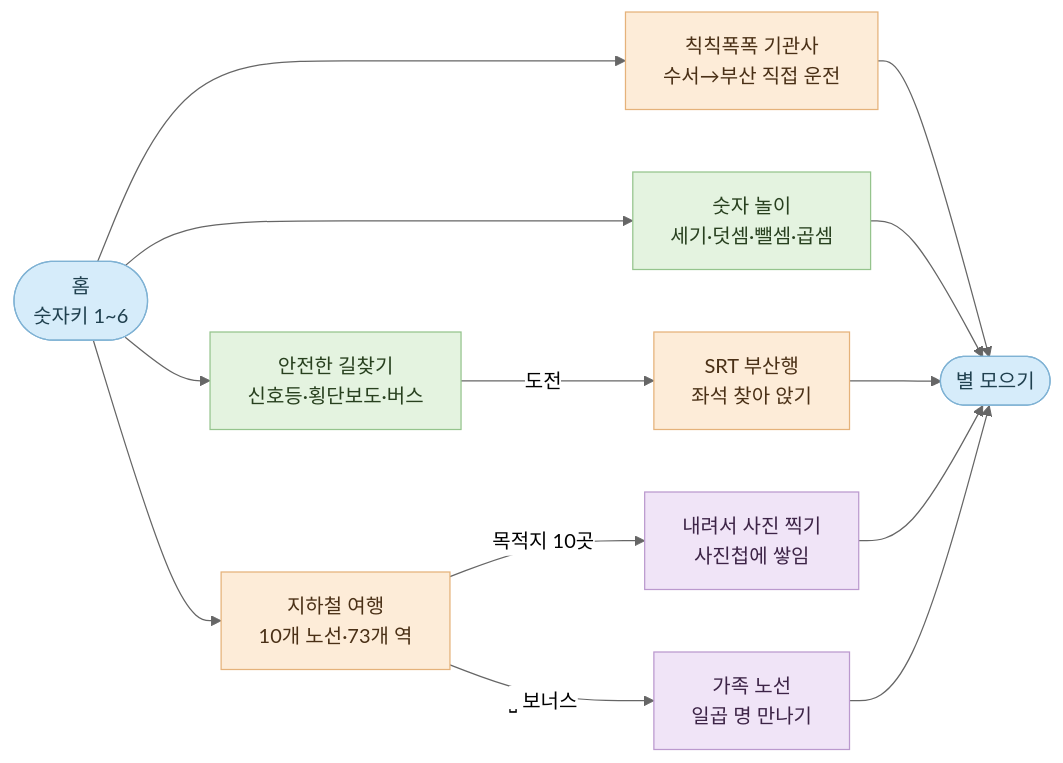
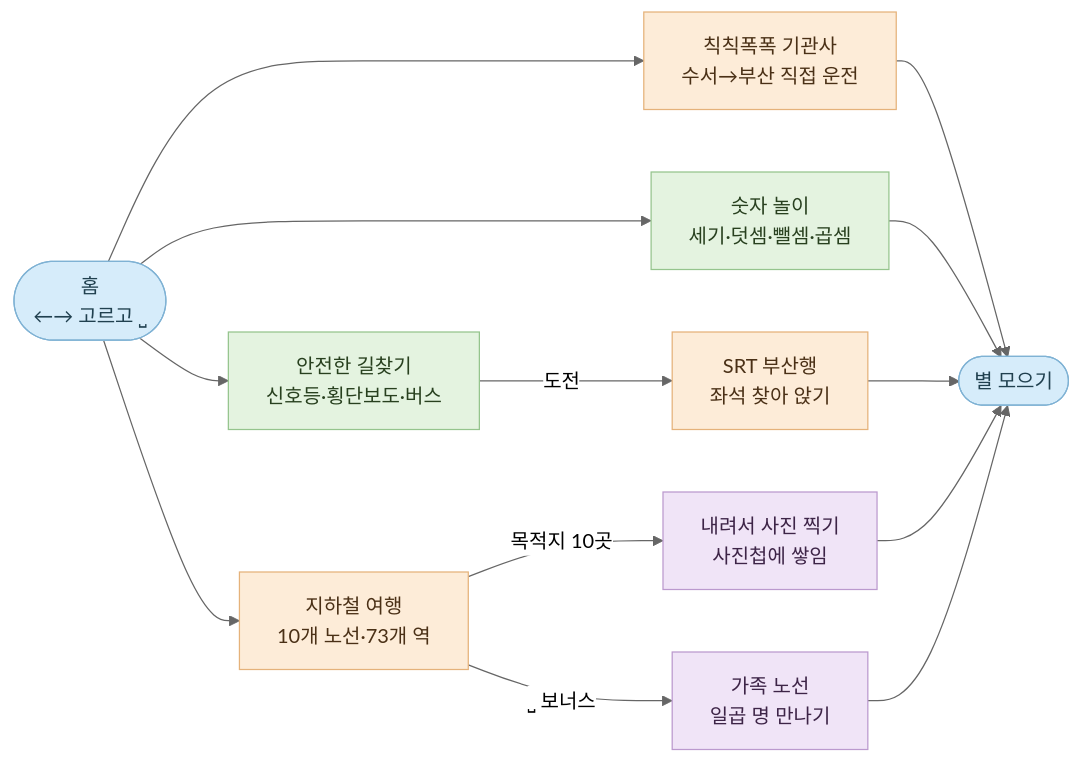
One commit to bliss-forge/numberblocks-grandprix-preview changed the diagram in README.md. Above: the diagram before and after it, drawn with Mermaid (neutral theme). The commit also changed other lines of this file and 1 other file, not shown here.

````diff
--- a/README.md
+++ b/README.md
@@ -60,24 +60,24 @@
 ```mermaid
 flowchart LR
-    home([홈<br/>숫자키 1~6]) --> math[숫자 놀이<br/>세기·덧셈·뺄셈·곱셈]
+    home([홈<br/>←→ 고르고 ⎵]) --> math[숫자 놀이<br/>세기·덧셈·뺄셈·곱셈]
     home --> safety[안전한 길찾기<br/>신호등·횡단보도·버스]
     home --> subway[지하철 여행<br/>10개 노선·73개 역]
     home --> ktx[칙칙폭폭 기관사<br/>수서→부산 직접 운전]
     safety -->|도전| srt[SRT 부산행<br/>좌석 찾아 앉기]
     subway -->|목적지 10곳| photo[내려서 사진 찍기<br/>사진첩에 쌓임]
     subway -->|⎵ 보너스| family[가족 노선<br/>일곱 명 만나기]
     ktx --> star
     math --> star([별 모으기])
     srt --> star
     photo --> star
     family --> star
 
     classDef hub fill:#D6ECFA,stroke:#7FB2D4,color:#20404F
     classDef lesson fill:#E4F3E0,stroke:#95C48D,color:#28401F
     classDef ride fill:#FDECD8,stroke:#E5B27A,color:#4A3016
     classDef prize fill:#F0E4F7,stroke:#BB99CE,color:#3D2447
     class home,star hub
     class math,safety lesson
     class subway,srt,ktx ride
     class photo,family prize
 ```
````
